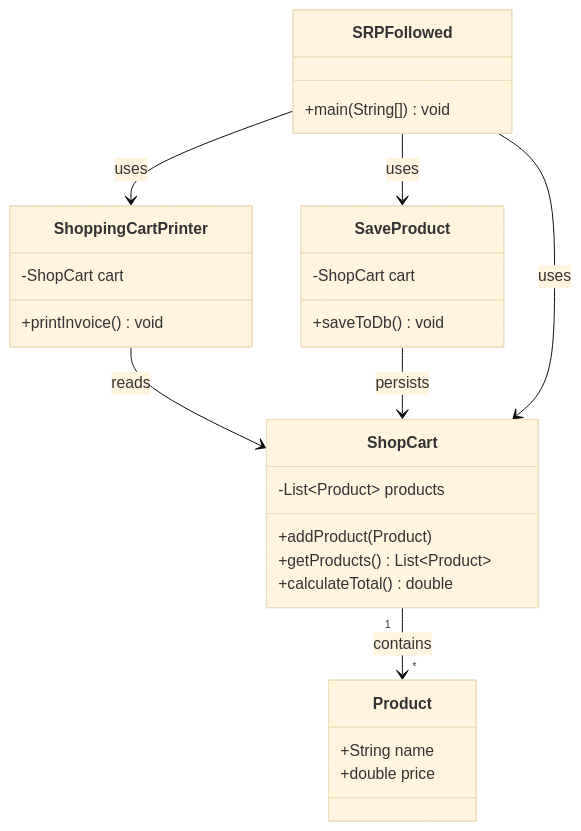
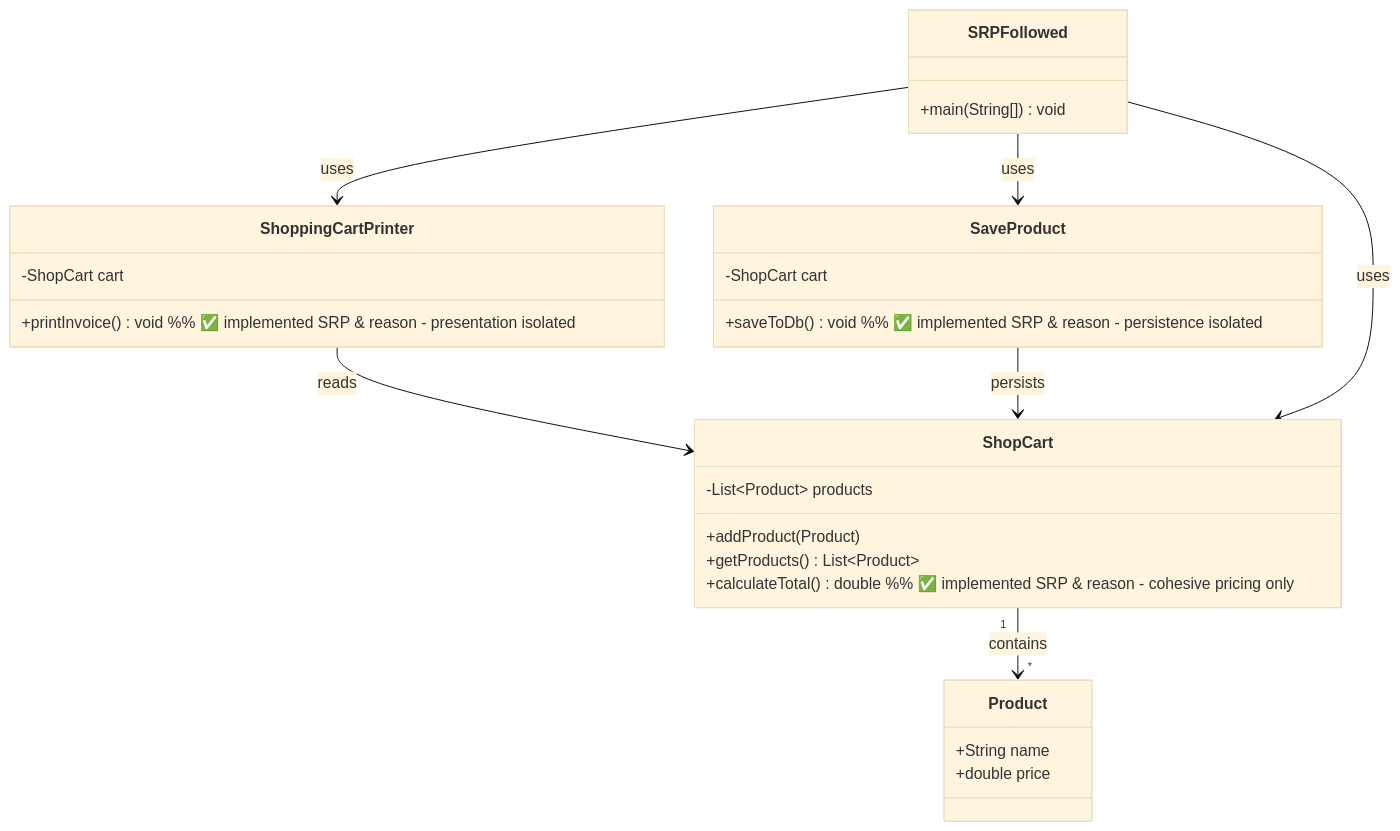
The second of 2 diagrams in src/design/principles/srp/SingleResponsibilityPrinicple.md (Surya5286/solid-design-principles), drawn with Mermaid (base theme) before and after one commit. The commit also changed other lines of this file and 2 other files, not shown here.

Commit message:
SRP design principle & Markdown Notes updated.

````diff
--- a/src/design/principles/srp/SingleResponsibilityPrinicple.md
+++ b/src/design/principles/srp/SingleResponsibilityPrinicple.md
@@ -179,35 +179,35 @@
 ```mermaid
 classDiagram
     class Product {
       +String name
       +double price
     }
 
     class ShopCart {
       -List~Product~ products
       +addProduct(Product)
       +getProducts() List~Product~
-      +calculateTotal() double
+      +calculateTotal() double       %% ✅ implemented SRP & reason - cohesive pricing only
     }
 
     class ShoppingCartPrinter {
       -ShopCart cart
-      +printInvoice() void
+      +printInvoice() void           %% ✅ implemented SRP & reason - presentation isolated
     }
 
     class SaveProduct {
       -ShopCart cart
-      +saveToDb() void
+      +saveToDb() void               %% ✅ implemented SRP & reason - persistence isolated
     }
 
     class SRPFollowed {
       +main(String[]) void
     }
 
     ShopCart "1" --> "*" Product : contains
     ShoppingCartPrinter --> ShopCart : reads
     SaveProduct --> ShopCart : persists
     SRPFollowed --> ShopCart : uses
     SRPFollowed --> ShoppingCartPrinter : uses
     SRPFollowed --> SaveProduct : uses
 ```
````
